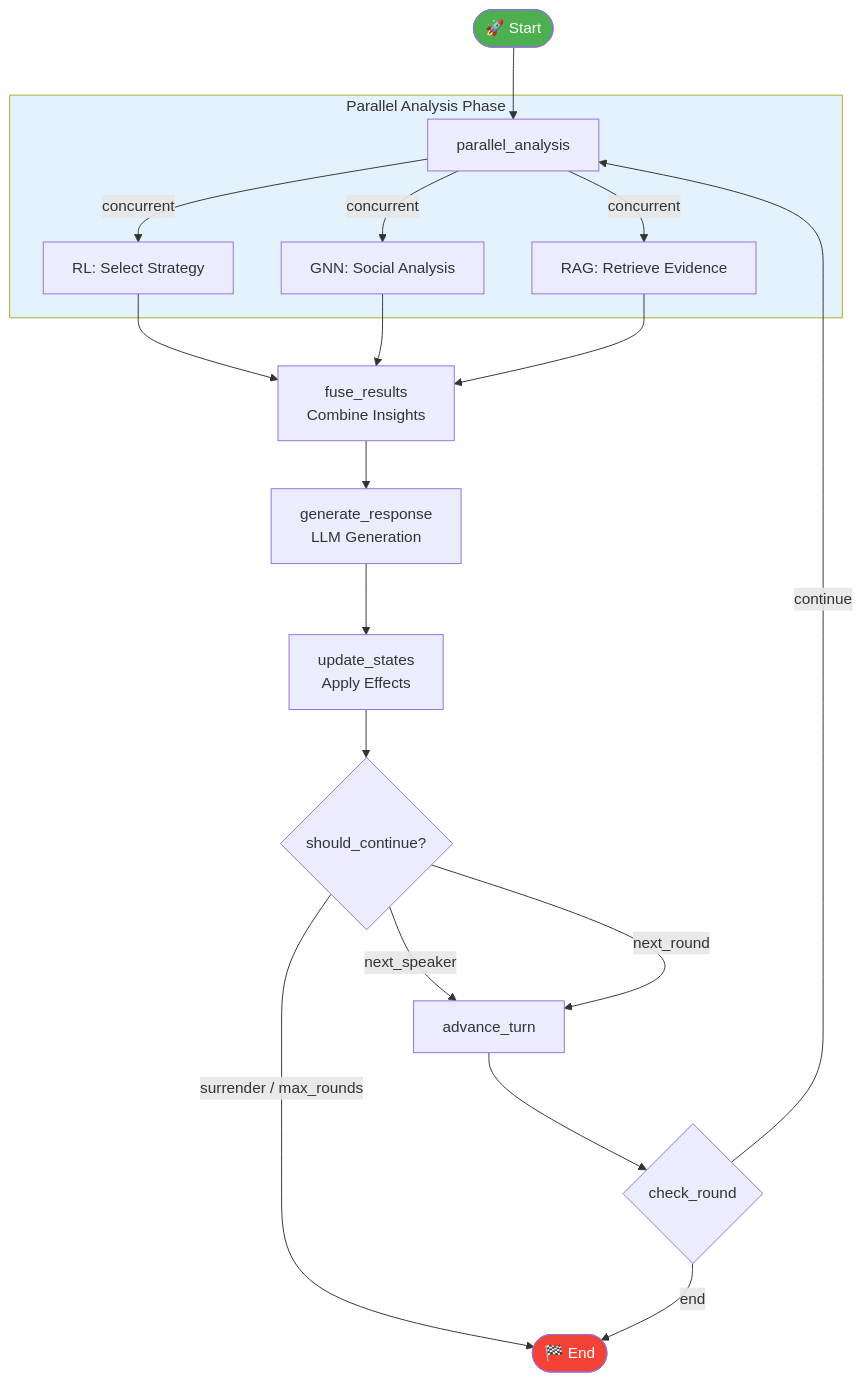
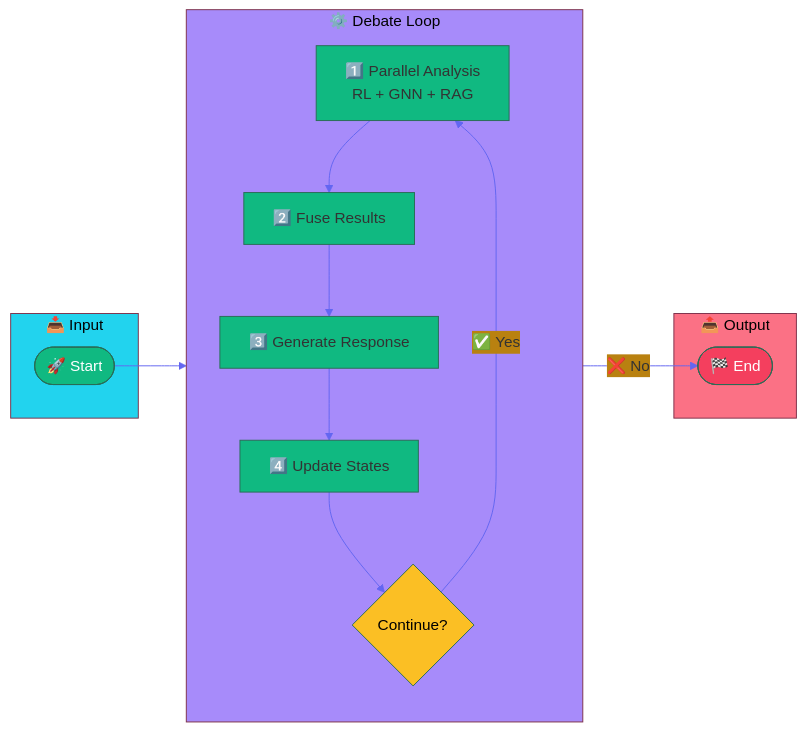
The second of 7 diagrams in README.md (AluminumShark/Social-Debate-AI), drawn with Mermaid before and after one commit. The commit also changed other lines of this file, not shown here.

First line of the commit message:
style(docs): improve Mermaid diagrams with brighter colors and cleaner layout

````diff
--- a/README.md
+++ b/README.md
@@ -88,29 +94,36 @@
 ```mermaid
-flowchart TD
-    Start([🚀 Start]) --> PA
-
-    subgraph Analysis["Parallel Analysis Phase"]
-        PA["parallel_analysis"]
-        PA --> |"concurrent"| RL["RL: Select Strategy"]
-        PA --> |"concurrent"| GNN["GNN: Social Analysis"]
-        PA --> |"concurrent"| RAG["RAG: Retrieve Evidence"]
+%%{init: {'theme': 'base', 'themeVariables': { 'primaryColor': '#10b981', 'lineColor': '#6366f1'}}}%%
+flowchart LR
+    subgraph Input["📥 Input"]
+        Start(["🚀 Start"])
     end
 
-    RL & GNN & RAG --> Fuse["fuse_results<br/>Combine Insights"]
-    Fuse --> Gen["generate_response<br/>LLM Generation"]
-    Gen --> Update["update_states<br/>Apply Effects"]
-    
-    Update --> Decision{should_continue?}
-    
-    Decision --> |"next_speaker"| Advance["advance_turn"]
-    Decision --> |"next_round"| Advance
-    Decision --> |"surrender / max_rounds"| End([🏁 End])
-    
-    Advance --> Check{check_round}
-    Check --> |"continue"| PA
-    Check --> |"end"| End
+    subgraph Process["⚙️ Debate Loop"]
+        direction TB
+        Analyze["1️⃣ Parallel Analysis<br/>RL + GNN + RAG"]
+        Fuse["2️⃣ Fuse Results"]
+        Generate["3️⃣ Generate Response"]
+        Update["4️⃣ Update States"]
+        Check{"Continue?"}
+        
+        Analyze --> Fuse
+        Fuse --> Generate
+        Generate --> Update
+        Update --> Check
+        Check -->|"✅ Yes"| Analyze
+    end
 
-    style Start fill:#4caf50,color:#fff
-    style End fill:#f44336,color:#fff
-    style Analysis fill:#e3f2fd
+    subgraph Output["📤 Output"]
+        End(["🏁 End"])
+    end
+
+    Start --> Analyze
+    Check -->|"❌ No"| End
+
+    style Input fill:#22d3ee,color:#000
+    style Process fill:#a78bfa,color:#000
+    style Output fill:#fb7185,color:#000
+    style Start fill:#10b981,color:#fff
+    style End fill:#f43f5e,color:#fff
+    style Check fill:#fbbf24,color:#000
 ```
````
